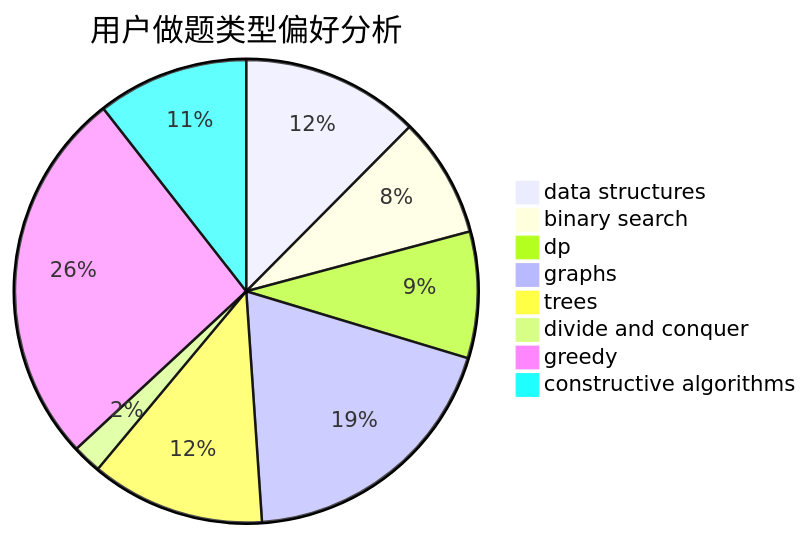
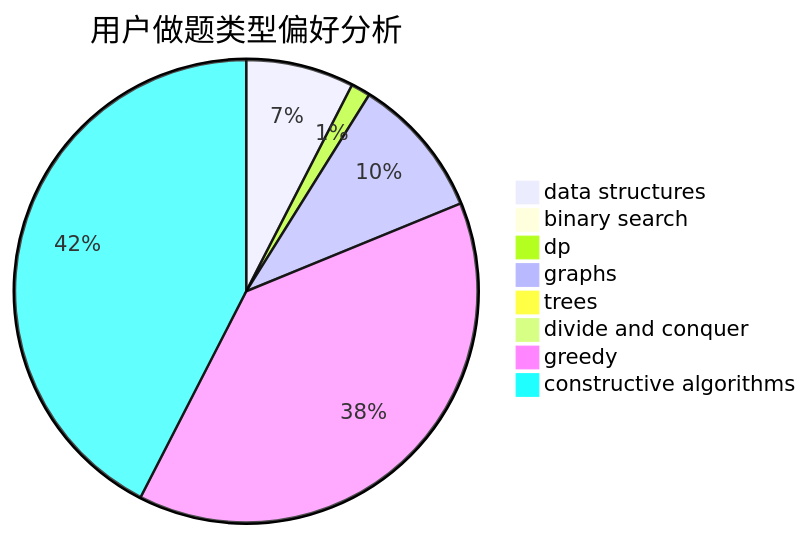
Before and after one commit to sherpahu/cfrs.github.io: the second of 3 diagrams in docs/user/u415.md, drawn with Mermaid. The commit also changed other lines of this file and 2770 other files, not shown here.

````diff
--- a/docs/user/u415.md
+++ b/docs/user/u415.md
@@ -23,11 +23,11 @@
 ```mermaid
 pie title 用户做题类型偏好分析
-    "data structures" :  86
-    "binary search" :  58
-    "dp" :  61
-    "graphs" :  133
-    "trees" :  84
-    "divide and conquer" :  14
-    "greedy" :  182
-    "constructive algorithms" :  73
+    "data structures" :  89
+    "binary search" :  10
+    "dp" :  16
+    "graphs" :  117
+    "trees" :  7
+    "divide and conquer" :  0
+    "greedy" :  457
+    "constructive algorithms" :  501
 ```
````
